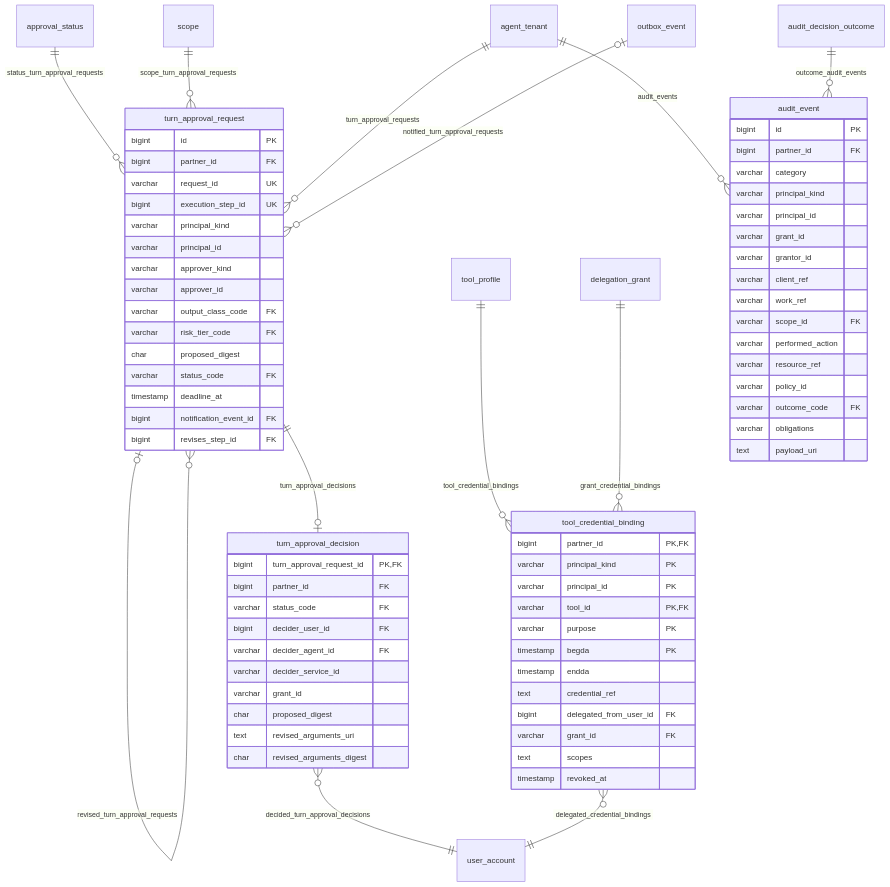
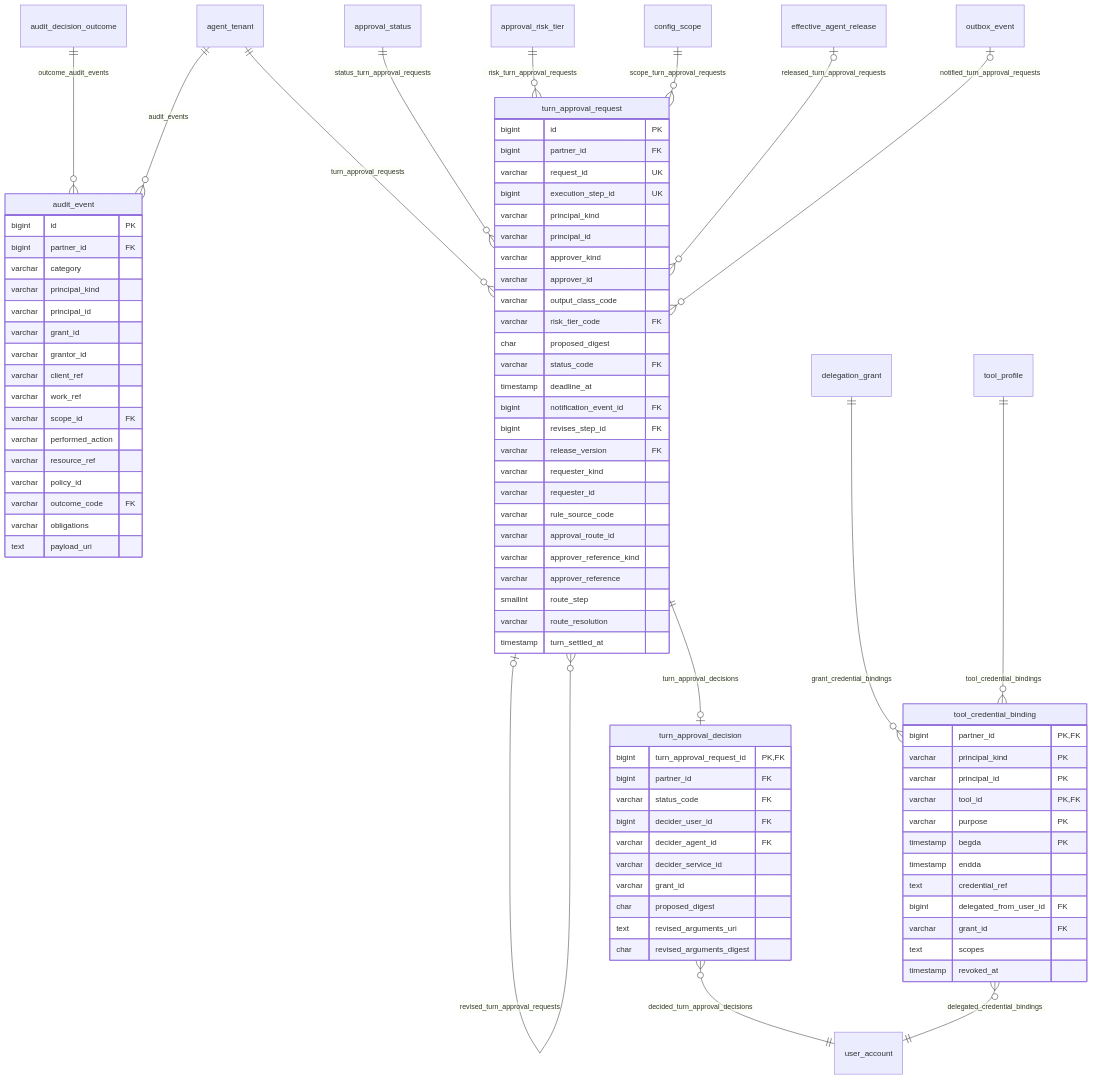
One commit to nauticana/scout changed diagram 12 of 21 in doc/database.md. Above: the diagram before and after it, drawn with Mermaid. The commit also changed other lines of this file and 271 other files, not shown here.

````diff
--- a/doc/database.md
+++ b/doc/database.md
@@ -1042,17 +1144,19 @@
 ```mermaid
 erDiagram
+    audit_decision_outcome ||--o{ audit_event : outcome_audit_events
+    agent_tenant ||--o{ audit_event : audit_events
+    agent_tenant ||--o{ turn_approval_request : turn_approval_requests
     approval_status ||--o{ turn_approval_request : status_turn_approval_requests
-    scope ||--o{ turn_approval_request : scope_turn_approval_requests
-    agent_tenant ||--o{ turn_approval_request : turn_approval_requests
+    approval_risk_tier ||--o{ turn_approval_request : risk_turn_approval_requests
+    config_scope ||--o{ turn_approval_request : scope_turn_approval_requests
+    effective_agent_release |o--o{ turn_approval_request : released_turn_approval_requests
+    outbox_event |o--o{ turn_approval_request : notified_turn_approval_requests
+    turn_approval_request |o--o{ turn_approval_request : revised_turn_approval_requests
     turn_approval_request ||--o| turn_approval_decision : turn_approval_decisions
-    turn_approval_request |o--o{ turn_approval_request : revised_turn_approval_requests
-    outbox_event |o--o{ turn_approval_request : notified_turn_approval_requests
+    delegation_grant ||--o{ tool_credential_binding : grant_credential_bindings
     tool_profile ||--o{ tool_credential_binding : tool_credential_bindings
     turn_approval_decision }o--|| user_account : decided_turn_approval_decisions
     tool_credential_binding }o--|| user_account : delegated_credential_bindings
-    delegation_grant ||--o{ tool_credential_binding : grant_credential_bindings
-    agent_tenant ||--o{ audit_event : audit_events
-    audit_decision_outcome ||--o{ audit_event : outcome_audit_events
 
     turn_approval_request {
         bigint id PK
@@ -1063,13 +1167,23 @@
         varchar principal_id
         varchar approver_kind
         varchar approver_id
-        varchar output_class_code FK
+        varchar output_class_code
         varchar risk_tier_code FK
         char proposed_digest
         varchar status_code FK
         timestamp deadline_at
         bigint notification_event_id FK
         bigint revises_step_id FK
+        varchar release_version FK
+        varchar requester_kind
+        varchar requester_id
+        varchar rule_source_code
+        varchar approval_route_id
+        varchar approver_reference_kind
+        varchar approver_reference
+        smallint route_step
+        varchar route_resolution
+        timestamp turn_settled_at
     }
     turn_approval_decision {
         bigint turn_approval_request_id PK,FK
````
